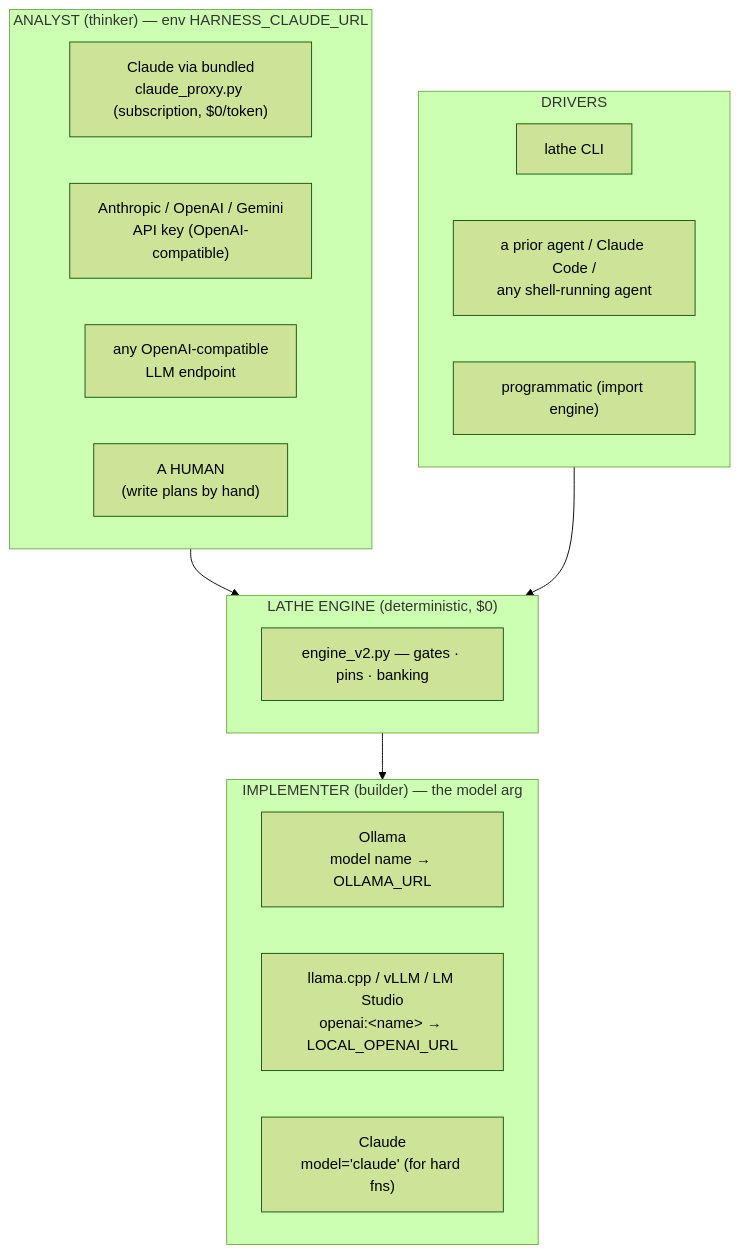
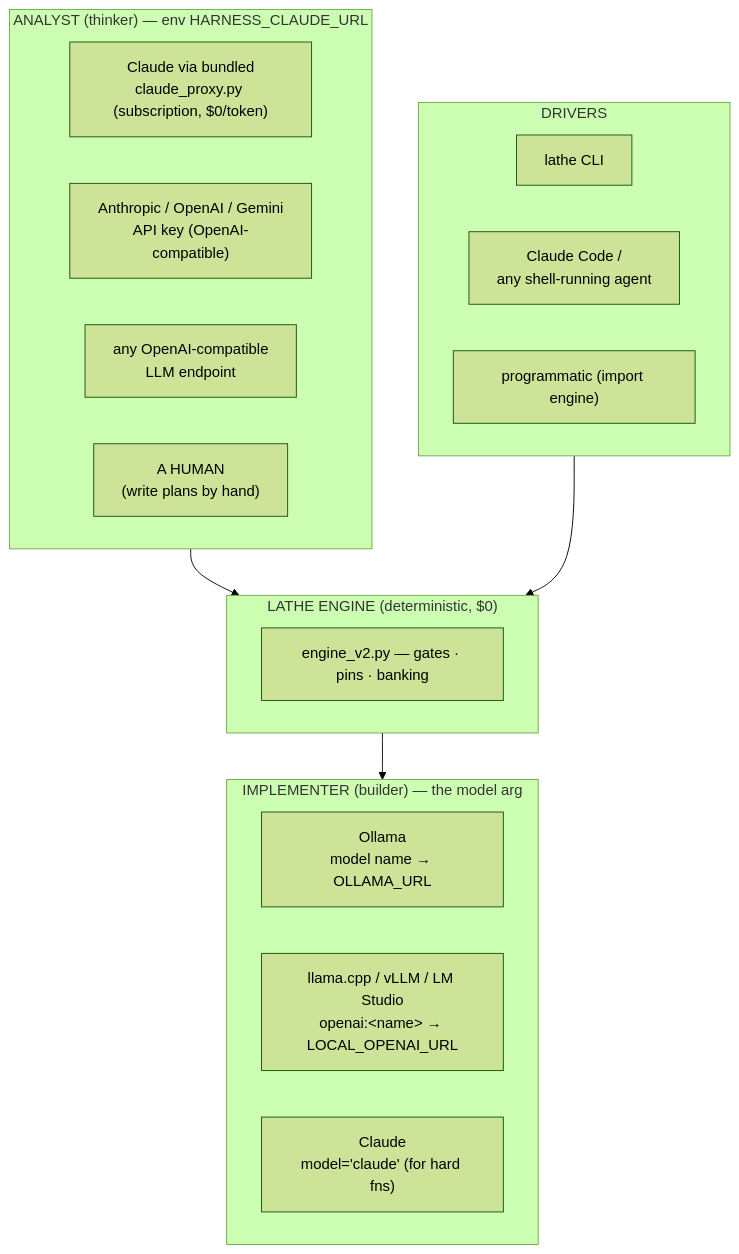
One commit to go-yanka/lathe changed the third of 5 diagrams in LATHE_GUIDE.md. Above: the diagram before and after it, drawn with Mermaid (forest theme). The commit also changed other lines of this file and 30 other files, not shown here.

````diff
--- a/LATHE_GUIDE.md
+++ b/LATHE_GUIDE.md
@@ -154,23 +154,23 @@
 ```mermaid
 flowchart TB
   subgraph ANALYST["ANALYST (thinker) — env HARNESS_CLAUDE_URL"]
     direction LR
     C1["Claude via bundled<br/>claude_proxy.py (subscription, $0/token)"]
     C2["Anthropic / OpenAI / Gemini<br/>API key (OpenAI-compatible)"]
     C3["any OpenAI-compatible<br/>LLM endpoint"]
     C4["A HUMAN<br/>(write plans by hand)"]
   end
   subgraph CORE["LATHE ENGINE (deterministic, $0)"]
     EN["engine_v2.py — gates · pins · banking"]
   end
   subgraph IMPL["IMPLEMENTER (builder) — the model arg"]
     I1["Ollama<br/>model name → OLLAMA_URL"]
     I2["llama.cpp / vLLM / LM Studio<br/>openai:&lt;name&gt; → LOCAL_OPENAI_URL"]
     I3["Claude<br/>model='claude' (for hard fns)"]
   end
   subgraph DRIVE["DRIVERS"]
-    D1["lathe CLI"]; D2["a prior agent / Claude Code /<br/>any shell-running agent"]; D3["programmatic (import engine)"]
+    D1["lathe CLI"]; D2["Claude Code /<br/>any shell-running agent"]; D3["programmatic (import engine)"]
   end
   ANALYST --> CORE --> IMPL
   DRIVE --> CORE
 ```
````
